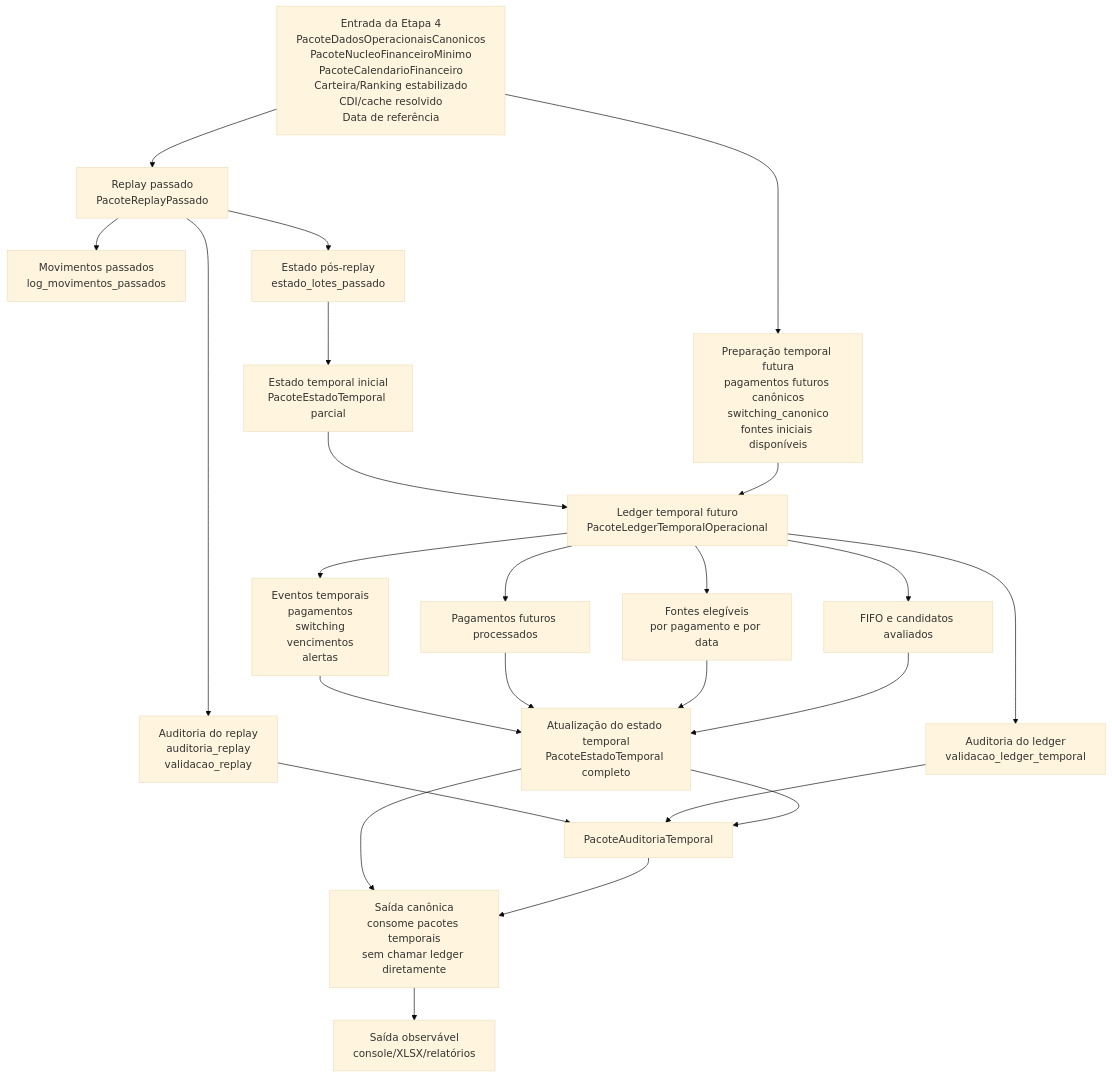
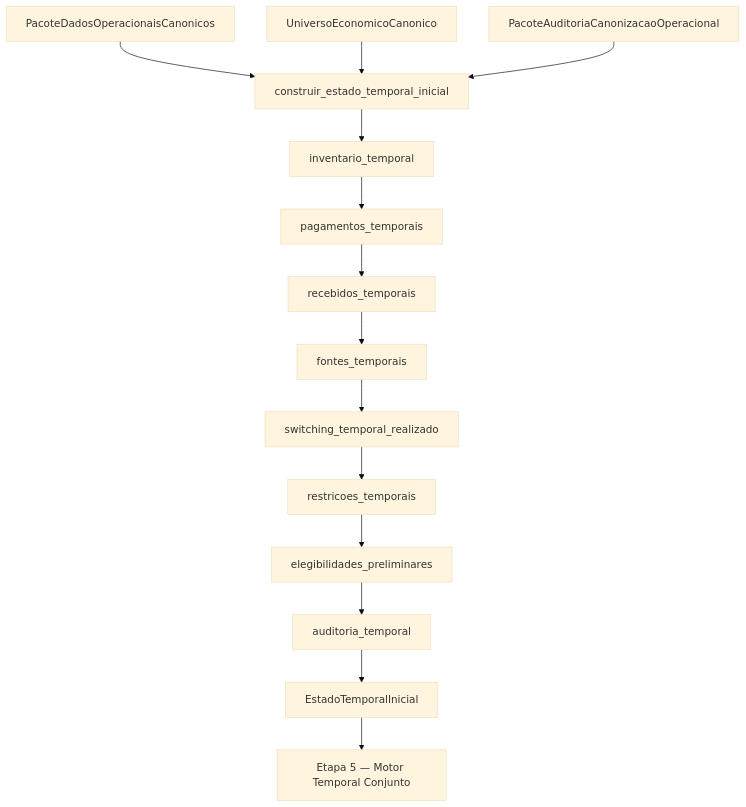
Before and after one commit to WevertonGomesCosta/payment-investment-allocation: the diagram in relatorios/principais/contratos_individuais/CONTRATO_ETAPA4_ESTADO_TEMPORAL_INICIAL.md, drawn with Mermaid (base theme). The commit also changed other lines of this file and 5 other files, not shown here.

````diff
--- a/relatorios/principais/contratos_individuais/CONTRATO_ETAPA4_ESTADO_TEMPORAL_INICIAL.md
+++ b/relatorios/principais/contratos_individuais/CONTRATO_ETAPA4_ESTADO_TEMPORAL_INICIAL.md
@@ -660,34 +150,16 @@
 ```mermaid
 flowchart TD
-    A[Entrada da Etapa 4\nPacoteDadosOperacionaisCanonicos\nPacoteNucleoFinanceiroMinimo\nPacoteCalendarioFinanceiro\nCarteira/Ranking estabilizado\nCDI/cache resolvido\nData de referência] --> B[Replay passado\nPacoteReplayPassado]
-
-    B --> B1[Movimentos passados\nlog_movimentos_passados]
-    B --> B2[Estado pós-replay\nestado_lotes_passado]
-    B --> B3[Auditoria do replay\nauditoria_replay\nvalidacao_replay]
-
-    B2 --> C[Estado temporal inicial\nPacoteEstadoTemporal parcial]
-
-    A --> D[Preparação temporal futura\npagamentos futuros canônicos\nswitching_canonico\nfontes iniciais disponíveis]
-    C --> E[Ledger temporal futuro\nPacoteLedgerTemporalOperacional]
-    D --> E
-
-    E --> E1[Eventos temporais\npagamentos\nswitching\nvencimentos\nalertas]
-    E --> E2[Pagamentos futuros processados]
-    E --> E3[Fontes elegíveis\npor pagamento e por data]
-    E --> E4[FIFO e candidatos avaliados]
-    E --> E5[Auditoria do ledger\nvalidacao_ledger_temporal]
-
-    E1 --> F[Atualização do estado temporal\nPacoteEstadoTemporal completo]
-    E2 --> F
-    E3 --> F
-    E4 --> F
-
-    B3 --> G[PacoteAuditoriaTemporal]
-    E5 --> G
-    F --> G
-
-    F --> H[Saída canônica\nconsome pacotes temporais\nsem chamar ledger diretamente]
-    G --> H
-
-    H --> I[Saída observável\nconsole/XLSX/relatórios]
+    A[PacoteDadosOperacionaisCanonicos] --> D[construir_estado_temporal_inicial]
+    B[UniversoEconomicoCanonico] --> D
+    C[PacoteAuditoriaCanonizacaoOperacional] --> D
+    D --> E[inventario_temporal]
+    E --> F[pagamentos_temporais]
+    F --> G[recebidos_temporais]
+    G --> H[fontes_temporais]
+    H --> I[switching_temporal_realizado]
+    I --> J[restricoes_temporais]
+    J --> K[elegibilidades_preliminares]
+    K --> L[auditoria_temporal]
+    L --> M[EstadoTemporalInicial]
+    M --> N[Etapa 5 — Motor Temporal Conjunto]
 ```
````
